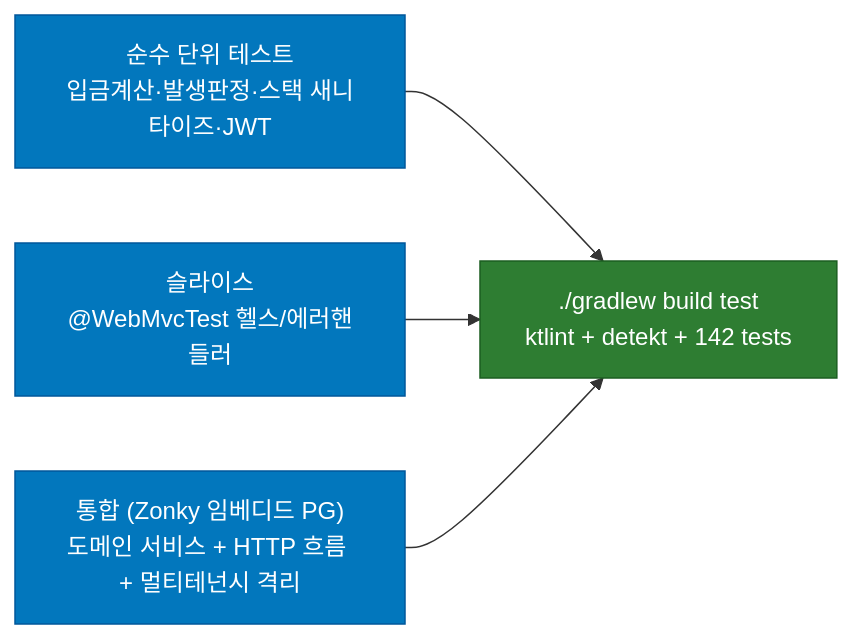
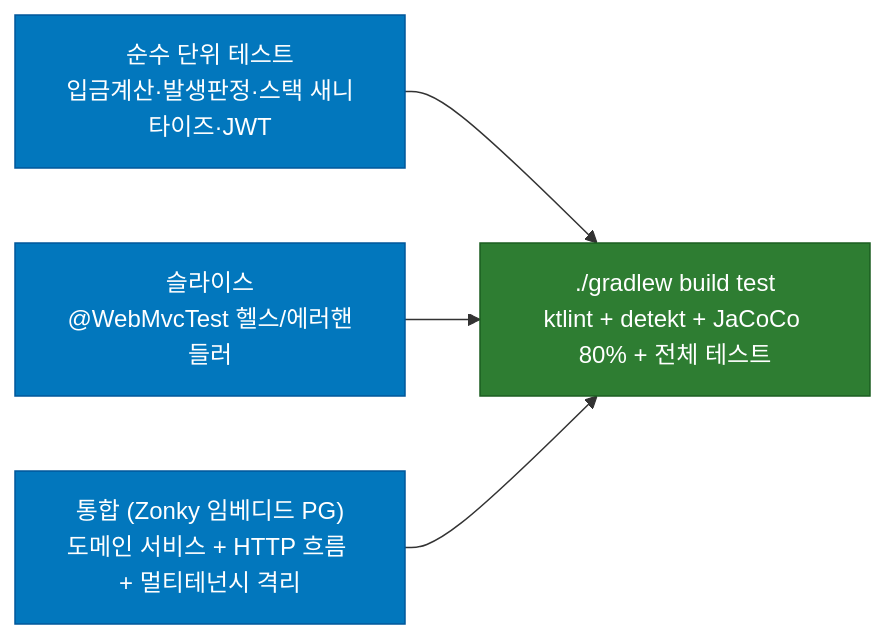
Before and after one commit to flori-ai-kr/api: the ninth of 10 diagrams in docs/ARCHITECTURE.md, drawn with Mermaid. The commit also changed other lines of this file and 67 other files, not shown here.

````diff
--- a/docs/ARCHITECTURE.md
+++ b/docs/ARCHITECTURE.md
@@ -519,12 +519,12 @@
 ```mermaid
 flowchart LR
     Unit["순수 단위 테스트<br/>입금계산·발생판정·스택 새니타이즈·JWT"] --> Gate
     Slice["슬라이스<br/>@WebMvcTest 헬스/에러핸들러"] --> Gate
     Integ["통합 (Zonky 임베디드 PG)<br/>도메인 서비스 + HTTP 흐름 + 멀티테넌시 격리"] --> Gate
-    Gate["./gradlew build test<br/>ktlint + detekt + 142 tests"]
+    Gate["./gradlew build test<br/>ktlint + detekt + JaCoCo 80% + 전체 테스트"]
 
     classDef t fill:#0277bd,color:#fff,stroke:#01579b
     classDef g fill:#2e7d32,color:#fff,stroke:#1b5e20
     class Unit,Slice,Integ t
     class Gate g
 ```
````
